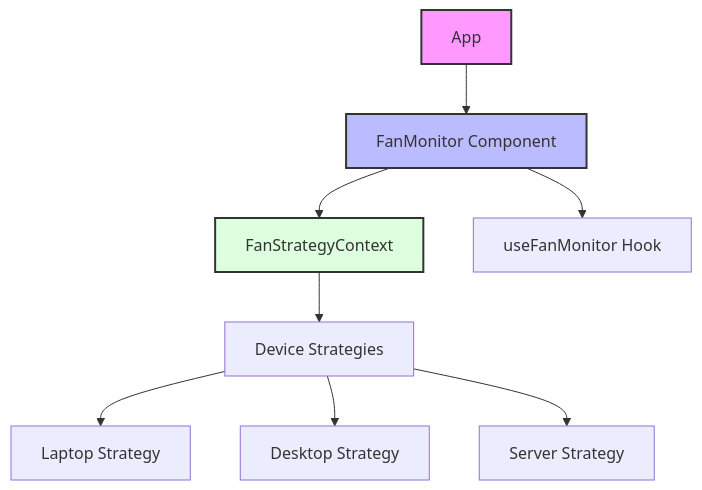
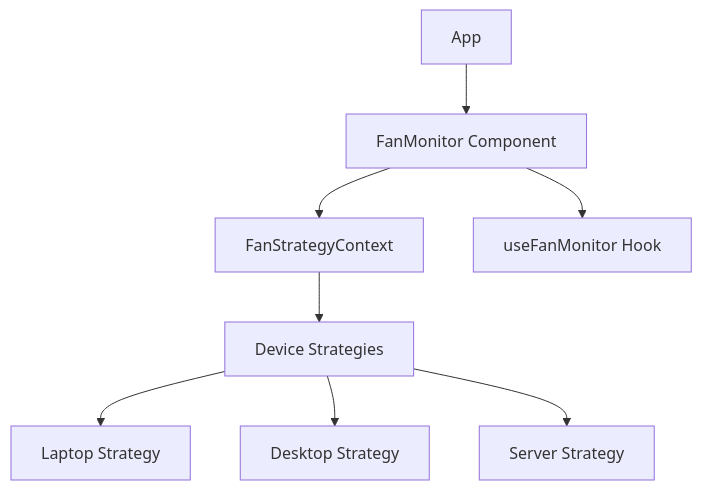
Before and after one commit to geocine/functional-strategy: the first of 3 diagrams in README.md, drawn with Mermaid.

Commit message:
remove colors

````diff
--- a/README.md
+++ b/README.md
@@ -9,14 +9,10 @@
 ```mermaid
 graph TD
     A[App] --> B[FanMonitor Component]
     B --> C[FanStrategyContext]
     C --> D[Device Strategies]
     D --> E[Laptop Strategy]
     D --> F[Desktop Strategy]
     D --> G[Server Strategy]
     B --> H[useFanMonitor Hook]
-    
-    style A fill:#f9f,stroke:#333,stroke-width:2px
-    style B fill:#bbf,stroke:#333,stroke-width:2px
-    style C fill:#dfd,stroke:#333,stroke-width:2px
 ```
````
